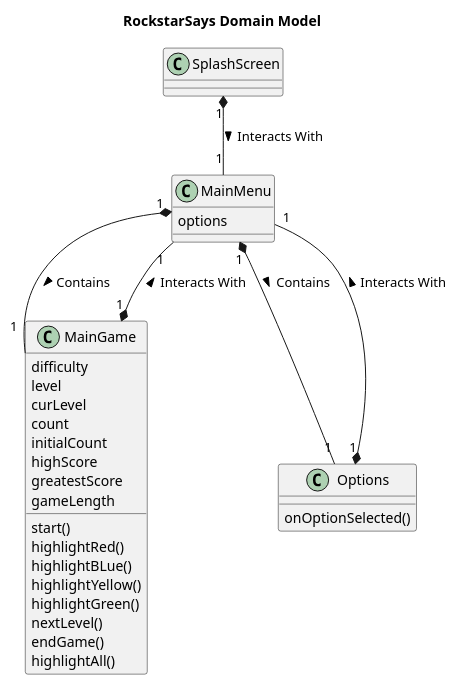
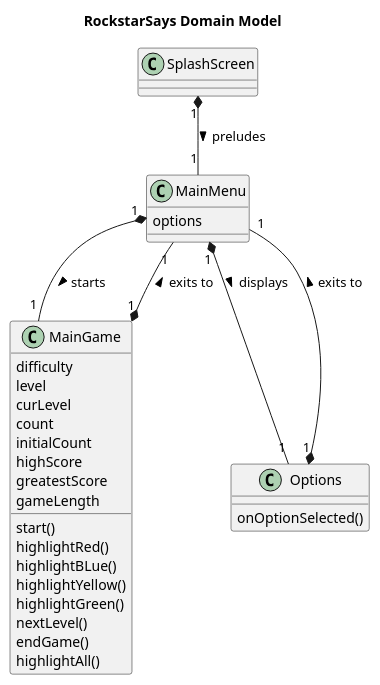
One commit to Schopperkyle/RockstarSays changed the diagram in app/UML/DesignClassDiagram.puml. Above: the diagram before and after it, drawn with PlantUML.

```diff
--- a/app/UML/DesignClassDiagram.puml
+++ b/app/UML/DesignClassDiagram.puml
@@ -1,40 +1,40 @@
 @startuml
 
 title RockstarSays Domain Model
 
 
 class SplashScreen {
 
 }
 class MainGame {
 difficulty
 level
 curLevel
 count
 initialCount
 highScore
 greatestScore
 gameLength
 start()
 highlightRed()
 highlightBLue()
 highlightYellow()
 highlightGreen()
 nextLevel()
 endGame()
 highlightAll()
 }
 class MainMenu {
 options
 }
 class Options {
 onOptionSelected()
 }
 
-SplashScreen "1" *-- "1" MainMenu: Interacts With >
-MainMenu "1" *-- "1" MainGame: Contains >
-MainMenu "1" *-- "1" Options: Contains >
-MainGame "1" *-- "1" MainMenu: Interacts With >
-Options "1" *-- "1" MainMenu: Interacts With >
+SplashScreen "1" *-- "1" MainMenu : preludes >
+MainMenu "1" *-- "1" MainGame : starts >
+MainMenu "1" *-- "1" Options : displays >
+MainGame "1" *-- "1" MainMenu : exits to >
+Options "1" *-- "1" MainMenu : exits to >
 
 @enduml
```
